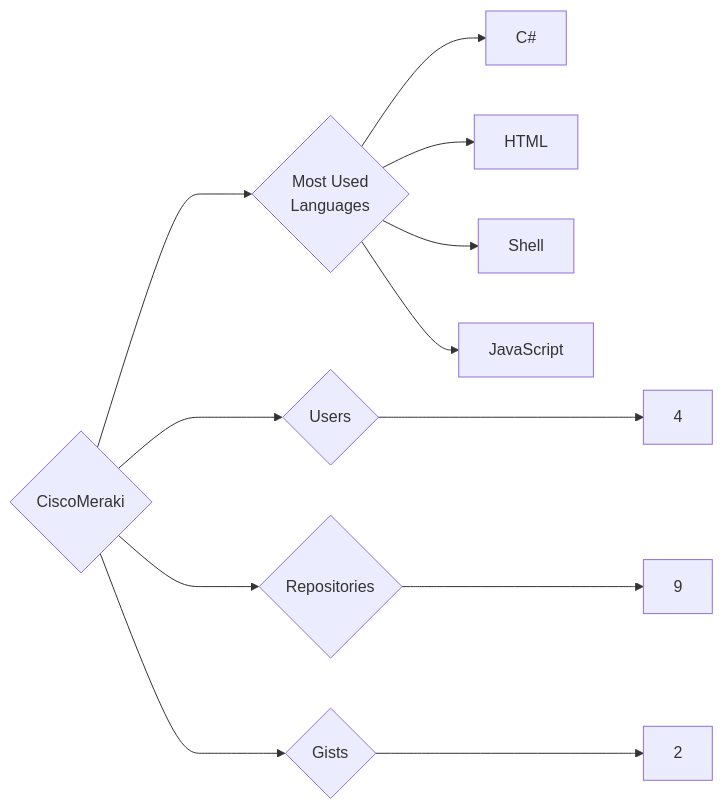
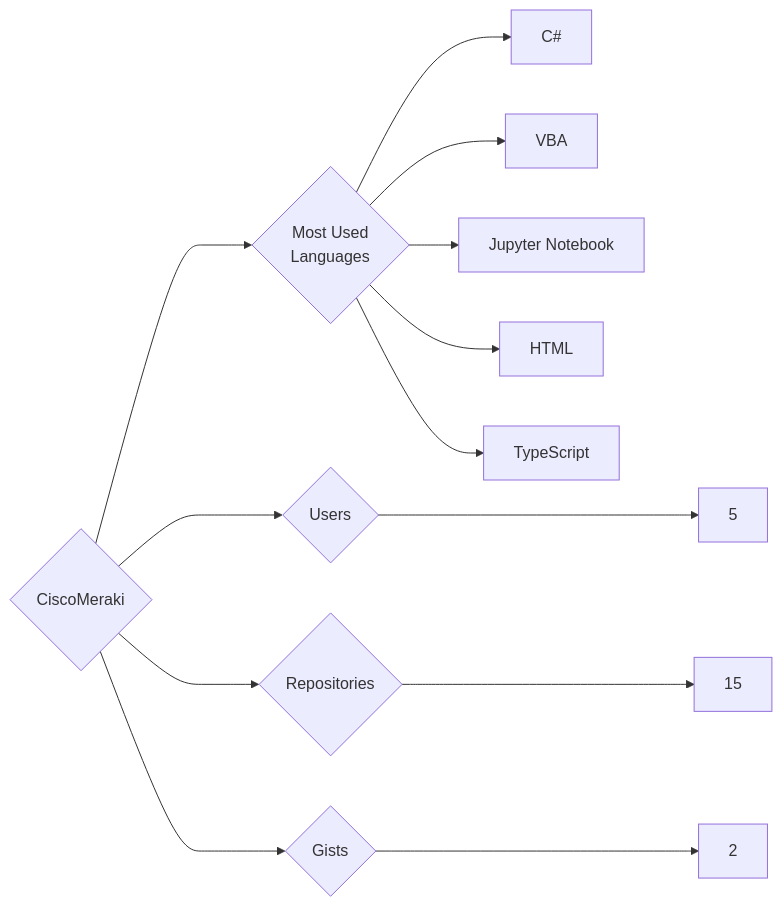
One commit to trickest/insiders changed the diagram in targets/CiscoMeraki/README.md. Above: the diagram before and after it, drawn with Mermaid. The commit also changed 912 other files, not shown here.

````diff
--- a/targets/CiscoMeraki/README.md
+++ b/targets/CiscoMeraki/README.md
@@ -3,12 +3,13 @@
 ```mermaid
 graph LR
 COMPANY_NAME{CiscoMeraki}
-COMPANY_NAME ---> U{Users} ---> UN[4]
-COMPANY_NAME ---> R{Repositories} ---> RN[9]
+COMPANY_NAME ---> U{Users} ---> UN[5]
+COMPANY_NAME ---> R{Repositories} ---> RN[15]
 COMPANY_NAME ---> G{Gists} ---> GN[2]
 COMPANY_NAME ---> ML{Most Used<br>Languages}
 ML --> C#[C#]
+ML --> VBA[VBA]
+ML --> Jupyter_Notebook[Jupyter Notebook]
 ML --> HTML[HTML]
-ML --> Shell[Shell]
-ML --> JavaScript[JavaScript]
+ML --> TypeScript[TypeScript]
 ```
````
